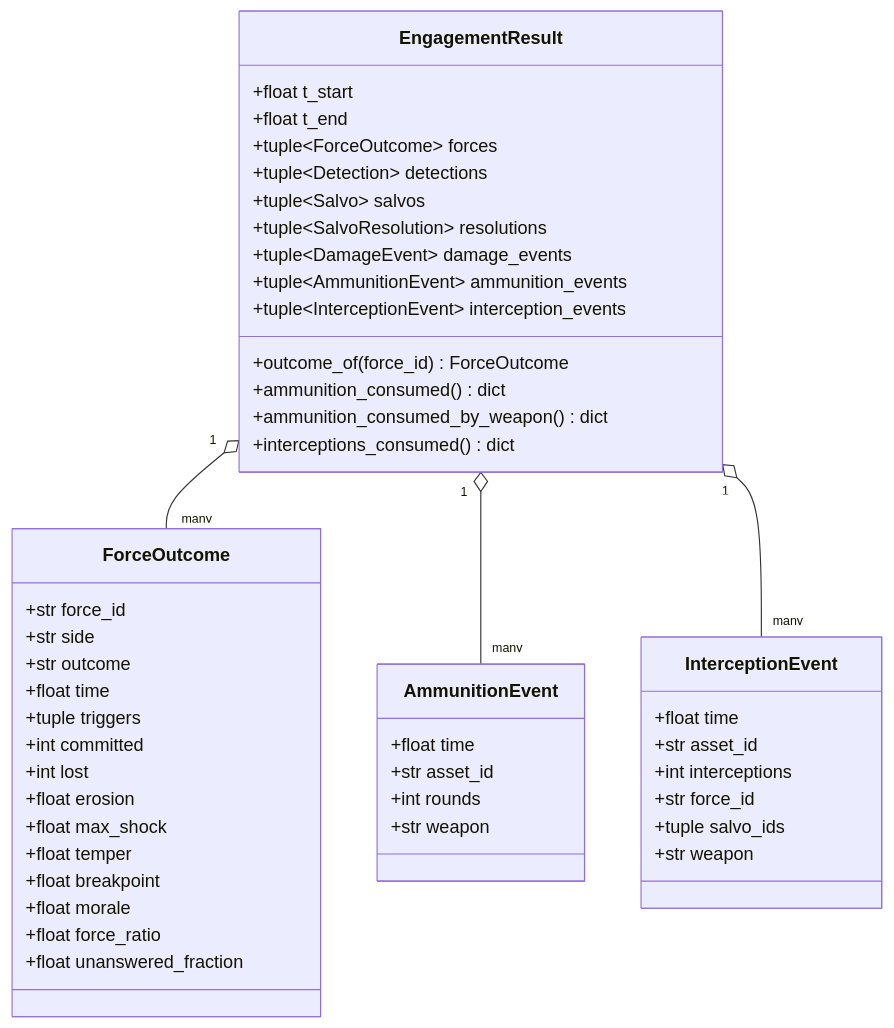
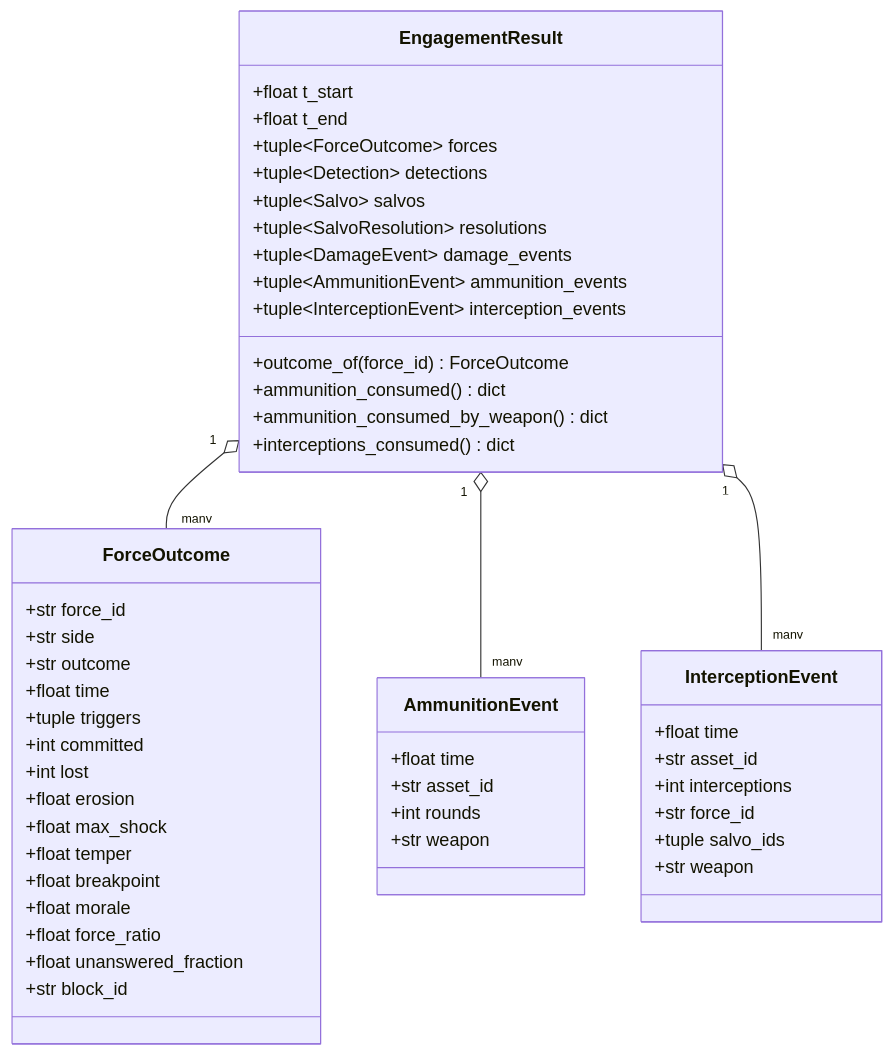
The second of 17 diagrams in Analysis/Document/Manuale_Motore_DES/05_Strato2_Risolutore_Ingaggio.md (MakusIV/Warfare-Model), drawn with Mermaid before and after one commit. The commit also changed other lines of this file and 11 other files, not shown here.

````diff
--- a/Analysis/Document/Manuale_Motore_DES/05_Strato2_Risolutore_Ingaggio.md
+++ b/Analysis/Document/Manuale_Motore_DES/05_Strato2_Risolutore_Ingaggio.md
@@ -429,55 +539,56 @@
 ```mermaid
 classDiagram
     class ForceOutcome {
         +str force_id
         +str side
         +str outcome
         +float time
         +tuple triggers
         +int committed
         +int lost
         +float erosion
         +float max_shock
         +float temper
         +float breakpoint
         +float morale
         +float force_ratio
         +float unanswered_fraction
+        +str block_id
     }
 
     class AmmunitionEvent {
         +float time
         +str asset_id
         +int rounds
         +str weapon
     }
 
     class InterceptionEvent {
         +float time
         +str asset_id
         +int interceptions
         +str force_id
         +tuple salvo_ids
         +str weapon
     }
 
     class EngagementResult {
         +float t_start
         +float t_end
         +tuple~ForceOutcome~ forces
         +tuple~Detection~ detections
         +tuple~Salvo~ salvos
         +tuple~SalvoResolution~ resolutions
         +tuple~DamageEvent~ damage_events
         +tuple~AmmunitionEvent~ ammunition_events
         +tuple~InterceptionEvent~ interception_events
         +outcome_of(force_id) ForceOutcome
         +ammunition_consumed() dict
         +ammunition_consumed_by_weapon() dict
         +interceptions_consumed() dict
     }
 
     EngagementResult "1" o-- "many" ForceOutcome
     EngagementResult "1" o-- "many" AmmunitionEvent
     EngagementResult "1" o-- "many" InterceptionEvent
 ```
````
